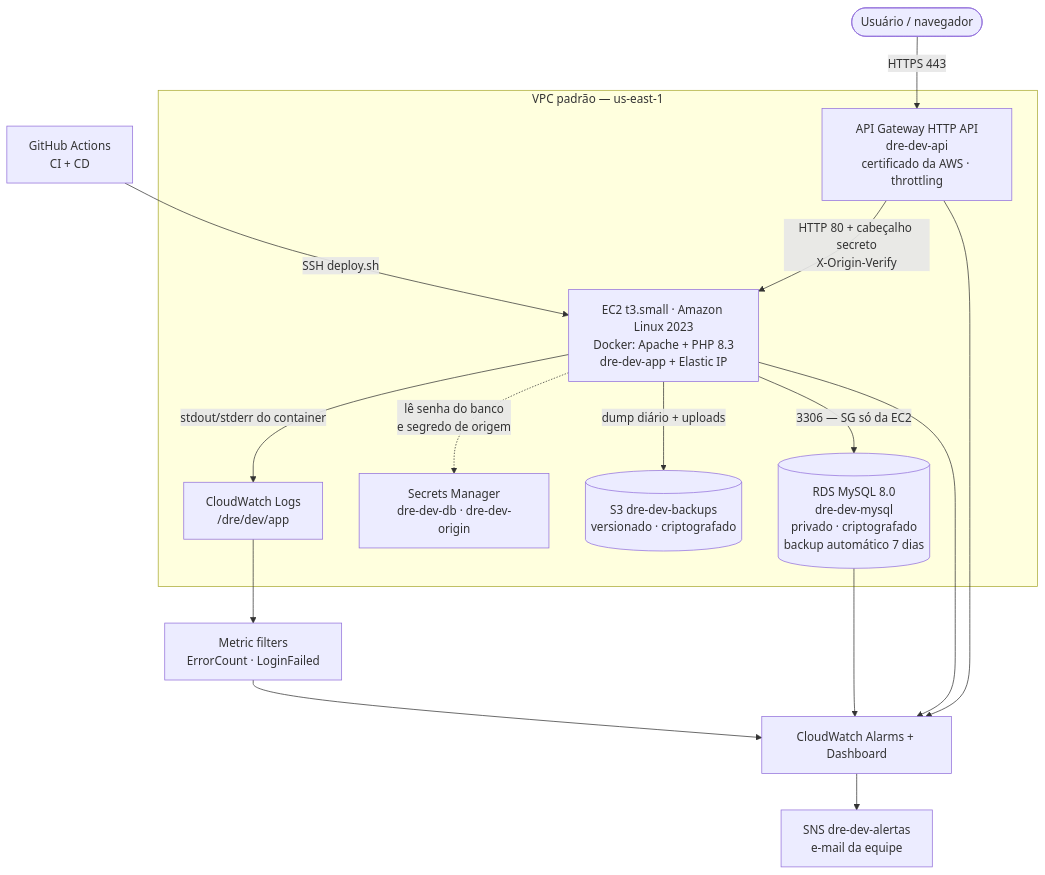
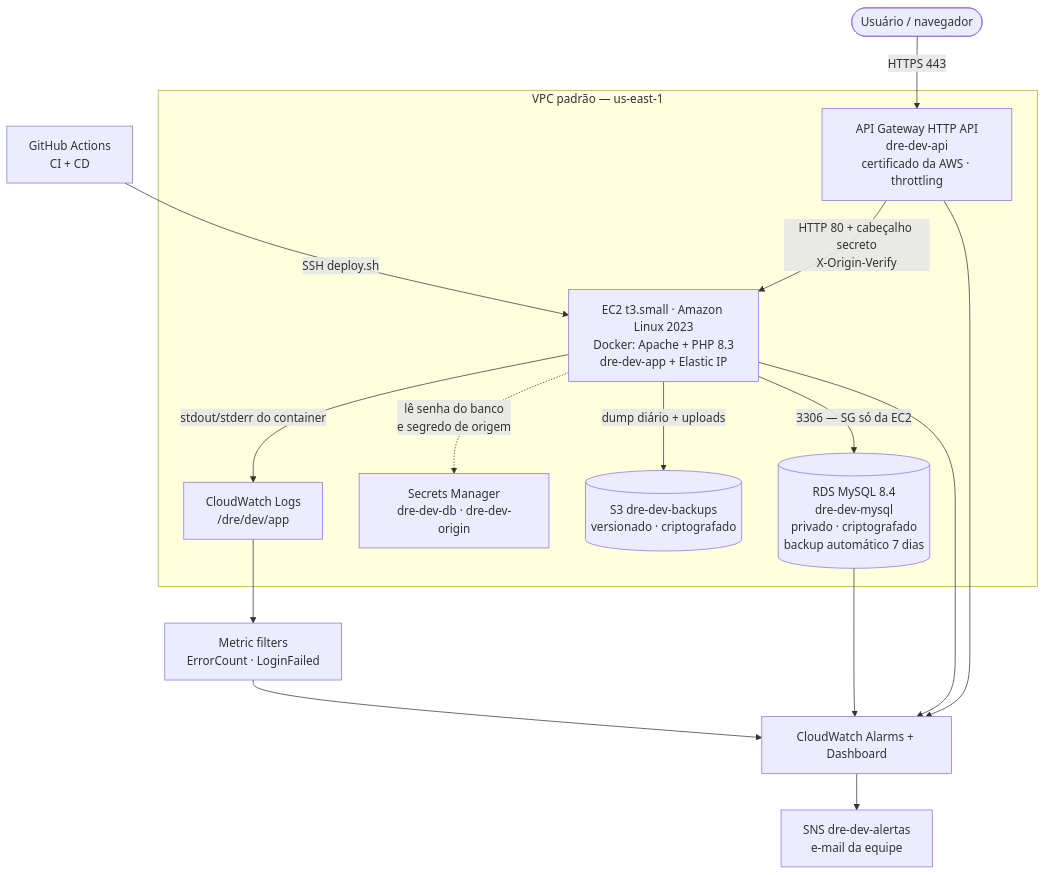
One commit to nicollylemos/DRE changed the diagram in README.md. Above: the diagram before and after it, drawn with Mermaid. The commit also changed 3 other files, not shown here.

````diff
--- a/README.md
+++ b/README.md
@@ -367,18 +367,18 @@
 ```mermaid
 flowchart TB
     U([Usuário / navegador]) -->|HTTPS 443| CF[API Gateway HTTP API<br/>dre-dev-api<br/>certificado da AWS · throttling]
     GH[GitHub Actions<br/>CI + CD] -->|SSH deploy.sh| EC2
     subgraph VPC["VPC padrão — us-east-1"]
         CF -->|HTTP 80 + cabeçalho secreto<br/>X-Origin-Verify| EC2[EC2 t3.small · Amazon Linux 2023<br/>Docker: Apache + PHP 8.3<br/>dre-dev-app + Elastic IP]
-        EC2 -->|3306 — SG só da EC2| RDS[(RDS MySQL 8.0<br/>dre-dev-mysql<br/>privado · criptografado<br/>backup automático 7 dias)]
+        EC2 -->|3306 — SG só da EC2| RDS[(RDS MySQL 8.4<br/>dre-dev-mysql<br/>privado · criptografado<br/>backup automático 7 dias)]
         EC2 -.->|lê senha do banco<br/>e segredo de origem| SM[Secrets Manager<br/>dre-dev-db · dre-dev-origin]
         EC2 -->|dump diário + uploads| S3[(S3 dre-dev-backups<br/>versionado · criptografado)]
         EC2 -->|stdout/stderr do container| CWL[CloudWatch Logs<br/>/dre/dev/app]
     end
     CWL --> MF[Metric filters<br/>ErrorCount · LoginFailed]
     MF --> AL[CloudWatch Alarms + Dashboard]
     RDS --> AL
     EC2 --> AL
     CF --> AL
     AL --> SNS[SNS dre-dev-alertas<br/>e-mail da equipe]
 ```
````
